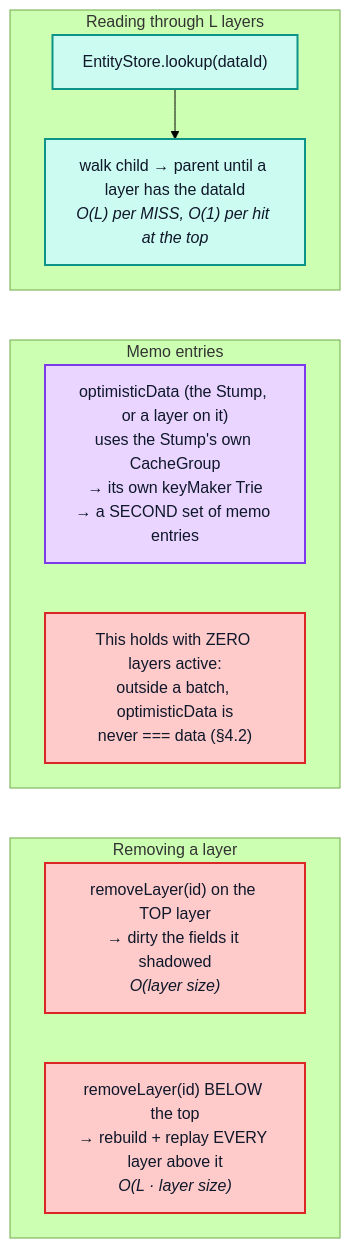
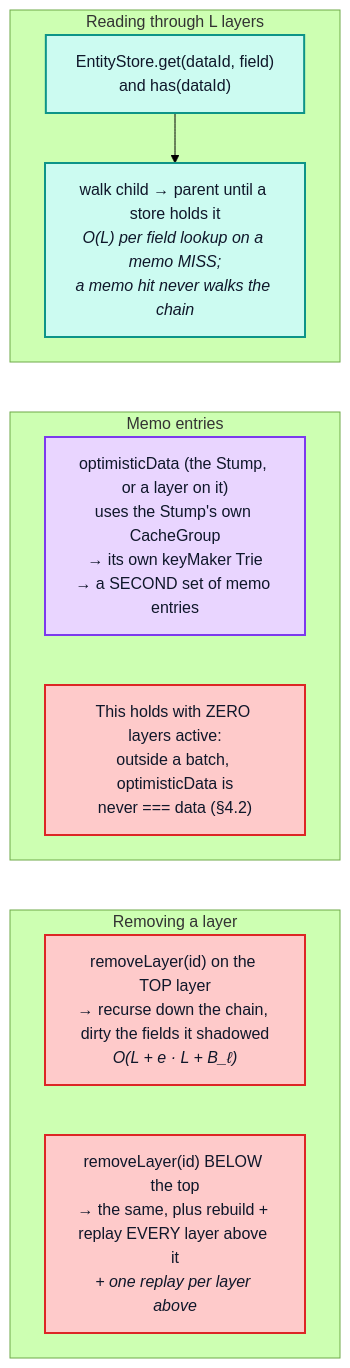
Before and after one commit to convict-git/fast-gql-cache-rs: the diagram in docs/performance/05-layers-and-optimistic-updates.md, drawn with Mermaid (forest theme). The commit also changed other lines of this file and 10 other files, not shown here.

First line of the commit message:
docs(perf): correct complexities and flows, define every symbol

````diff
--- a/docs/performance/05-layers-and-optimistic-updates.md
+++ b/docs/performance/05-layers-and-optimistic-updates.md
@@ -33,27 +33,27 @@
 ```mermaid
 flowchart TB
     subgraph reading["Reading through L layers"]
-        R1["EntityStore.lookup(dataId)"]:::read
-        R2["walk child → parent until a layer has the dataId<br/><i>O(L) per MISS, O(1) per hit at the top</i>"]:::read
+        R1["EntityStore.get(dataId, field)<br/>and has(dataId)"]:::read
+        R2["walk child → parent until a store holds it<br/><i>O(L) per field lookup on a memo MISS;<br/>a memo hit never walks the chain</i>"]:::read
         R1 --> R2
     end
 
     subgraph memoing["Memo entries"]
         M1["optimisticData (the Stump, or a layer on it)<br/>uses the Stump's own CacheGroup<br/>→ its own keyMaker Trie<br/>→ a SECOND set of memo entries"]:::memo
         M2["This holds with ZERO layers active:<br/>outside a batch, optimisticData is<br/>never === data (§4.2)"]:::dirty
         M1 ~~~ M2
     end
 
     subgraph removing["Removing a layer"]
-        D1["removeLayer(id) on the TOP layer<br/>→ dirty the fields it shadowed<br/><i>O(layer size)</i>"]:::dirty
-        D2["removeLayer(id) BELOW the top<br/>→ rebuild + replay EVERY layer above it<br/><i>O(L · layer size)</i>"]:::dirty
+        D1["removeLayer(id) on the TOP layer<br/>→ recurse down the chain, dirty the fields it shadowed<br/><i>O(L + e · L + B_ℓ)</i>"]:::dirty
+        D2["removeLayer(id) BELOW the top<br/>→ the same, plus rebuild + replay EVERY layer above it<br/><i>+ one replay per layer above</i>"]:::dirty
         D1 ~~~ D2
     end
 
     R2 ~~~ M1
     M2 ~~~ D1
 
     classDef read fill:#ccfbf1,stroke:#0d9488,stroke-width:2px,color:#0f172a
     classDef memo fill:#e9d5ff,stroke:#7c3aed,stroke-width:2px,color:#0f172a
     classDef dirty fill:#fecaca,stroke:#dc2626,stroke-width:2px,color:#0f172a
 ```
````
